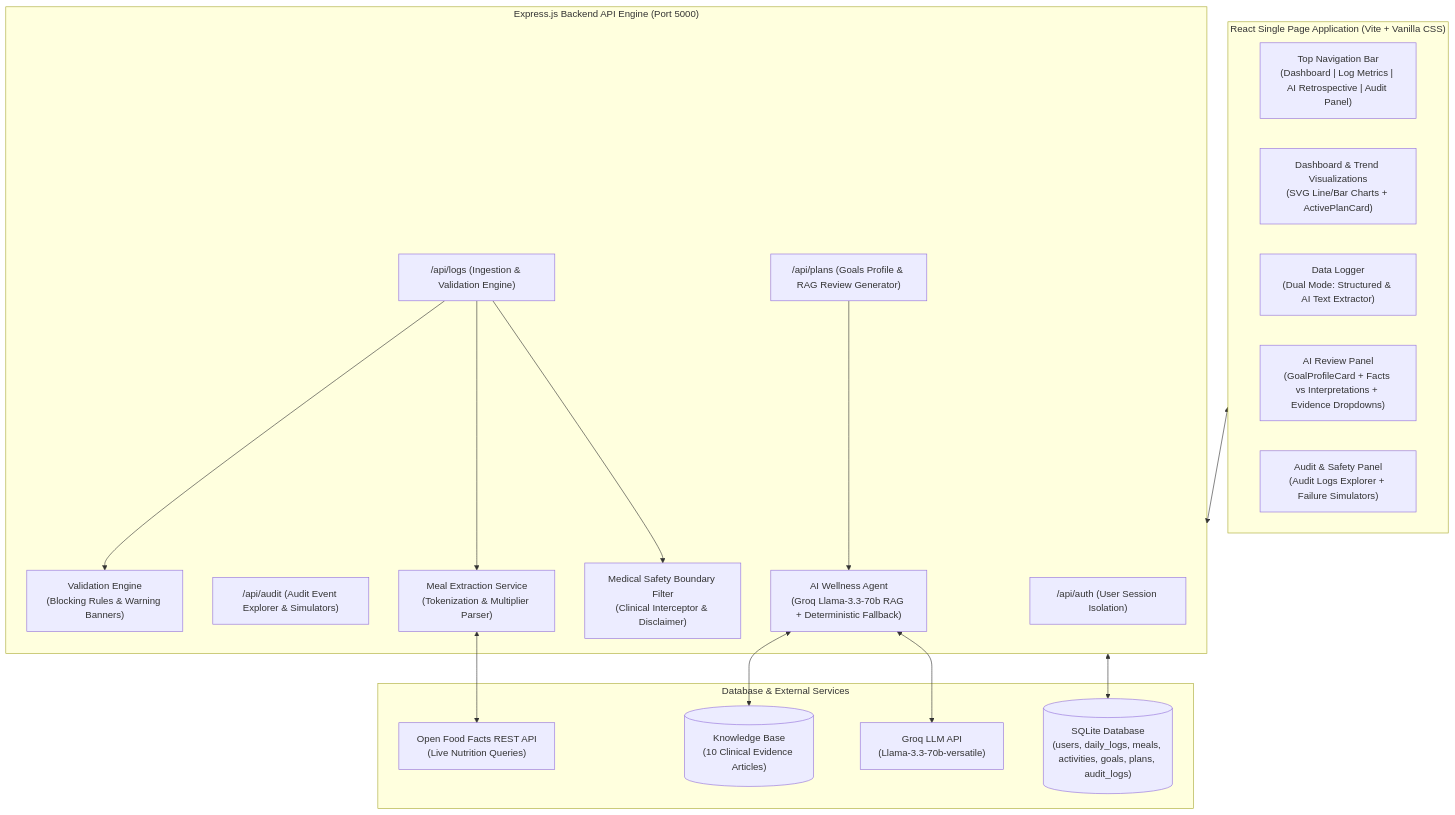
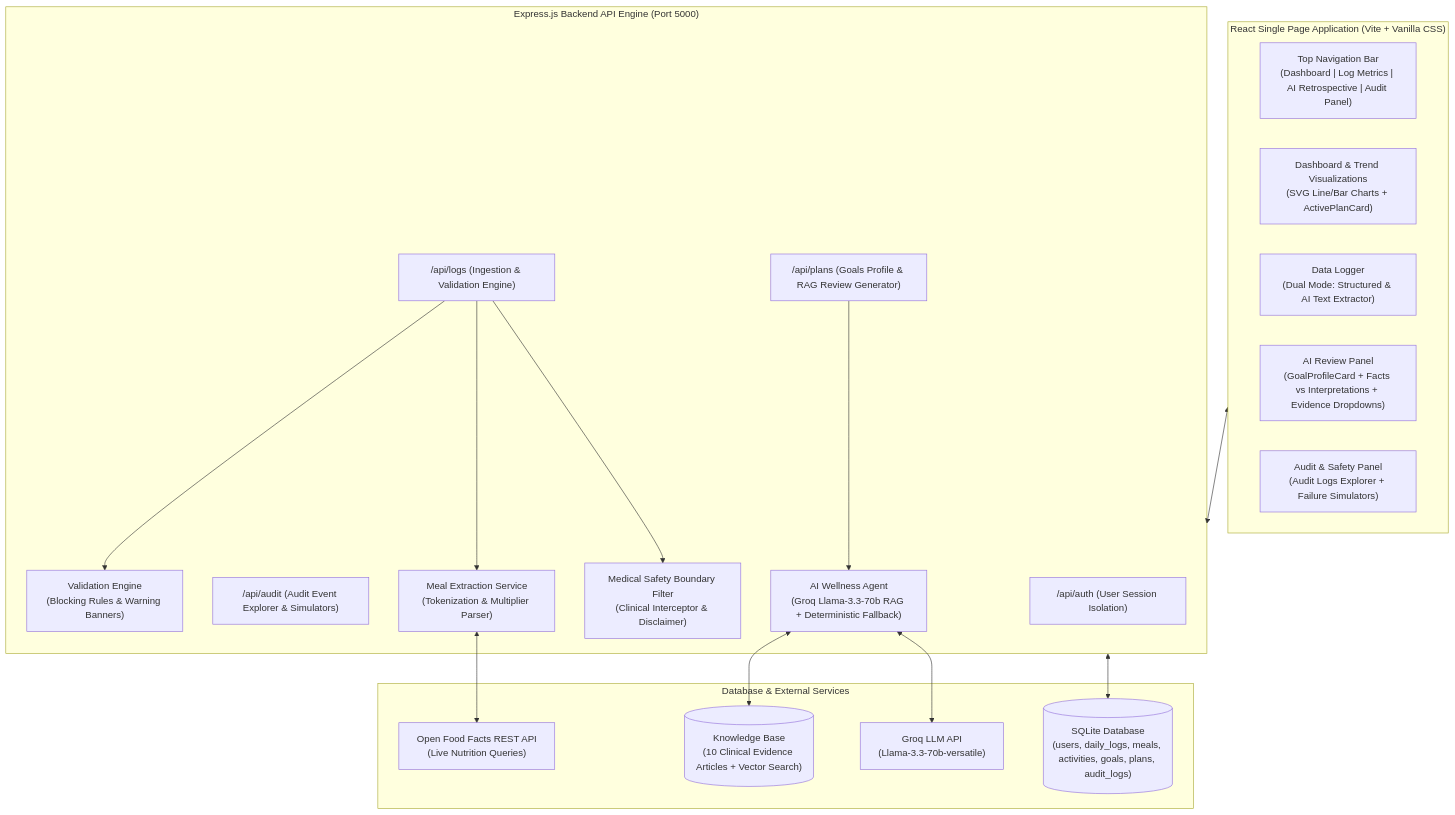
One commit to Jayasuryanarayana007/Longitudinal-Health-and-Nutrition-Review-Agent changed the diagram in README.md. Above: the diagram before and after it, drawn with Mermaid. The commit also changed other lines of this file and 5 other files, not shown here.

````diff
--- a/README.md
+++ b/README.md
@@ -9,39 +9,39 @@
 ```mermaid
 flowchart TD
     subgraph Client ["React Single Page Application (Vite + Vanilla CSS)"]
         UI_Nav["Top Navigation Bar\n(Dashboard | Log Metrics | AI Retrospective | Audit Panel)"]
         Dash["Dashboard & Trend Visualizations\n(SVG Line/Bar Charts + ActivePlanCard)"]
         Logger["Data Logger\n(Dual Mode: Structured & AI Text Extractor)"]
         Review["AI Review Panel\n(GoalProfileCard + Facts vs Interpretations + Evidence Dropdowns)"]
         Audit["Audit & Safety Panel\n(Audit Logs Explorer + Failure Simulators)"]
     end
 
     subgraph Server ["Express.js Backend API Engine (Port 5000)"]
         AuthRoute["/api/auth (User Session Isolation)"]
         LogRoute["/api/logs (Ingestion & Validation Engine)"]
         PlanRoute["/api/plans (Goals Profile & RAG Review Generator)"]
         AuditRoute["/api/audit (Audit Event Explorer & Simulators)"]
         
         ValEngine["Validation Engine\n(Blocking Rules & Warning Banners)"]
         RAGEngine["AI Wellness Agent\n(Groq Llama-3.3-70b RAG + Deterministic Fallback)"]
         SafetyFilter["Medical Safety Boundary Filter\n(Clinical Interceptor & Disclaimer)"]
         MealExtractor["Meal Extraction Service\n(Tokenization & Multiplier Parser)"]
     end
 
     subgraph Data ["Database & External Services"]
         SQLite[("SQLite Database\n(users, daily_logs, meals, activities, goals, plans, audit_logs)")]
-        KB[("Knowledge Base\n(10 Clinical Evidence Articles)")]
+        KB[("Knowledge Base\n(10 Clinical Evidence Articles + Vector Search)")]
         Groq_API["Groq LLM API\n(Llama-3.3-70b-versatile)"]
         OFF_API["Open Food Facts REST API\n(Live Nutrition Queries)"]
     end
 
     Client <--> Server
     LogRoute --> ValEngine
     LogRoute --> MealExtractor
     MealExtractor <--> OFF_API
     PlanRoute --> RAGEngine
     RAGEngine <--> KB
     RAGEngine <--> Groq_API
     LogRoute --> SafetyFilter
     Server <--> SQLite
 ```
````
